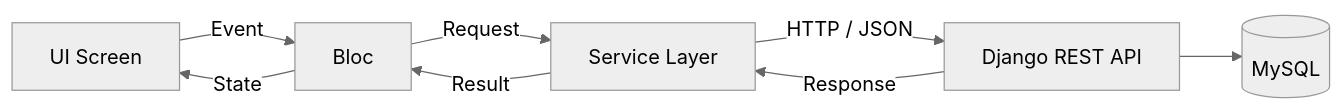
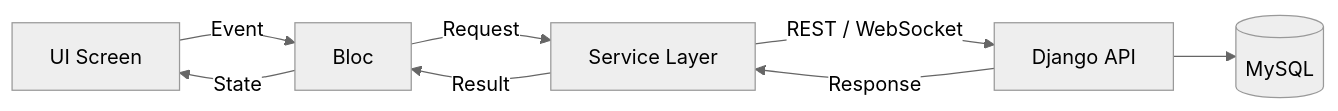
The diagram in README.md (Circle-Arme/CIRCLE), drawn with Mermaid (neutral theme) before and after one commit. The commit also changed other lines of this file, not shown here.

````diff
--- a/README.md
+++ b/README.md
@@ -52,10 +56,10 @@
 ```mermaid
 flowchart LR
     A[UI Screen] -- Event --> B[Bloc]
     B -- Request --> C[Service Layer]
-    C -- HTTP / JSON --> D[Django REST API]
+    C -- REST / WebSocket --> D[Django API]
     D --> E[(MySQL)]
     D -- Response --> C
     C -- Result --> B
     B -- State --> A
 ```
````
